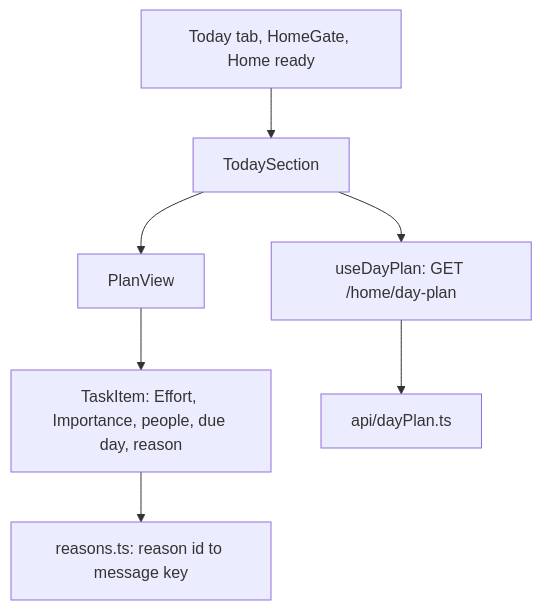
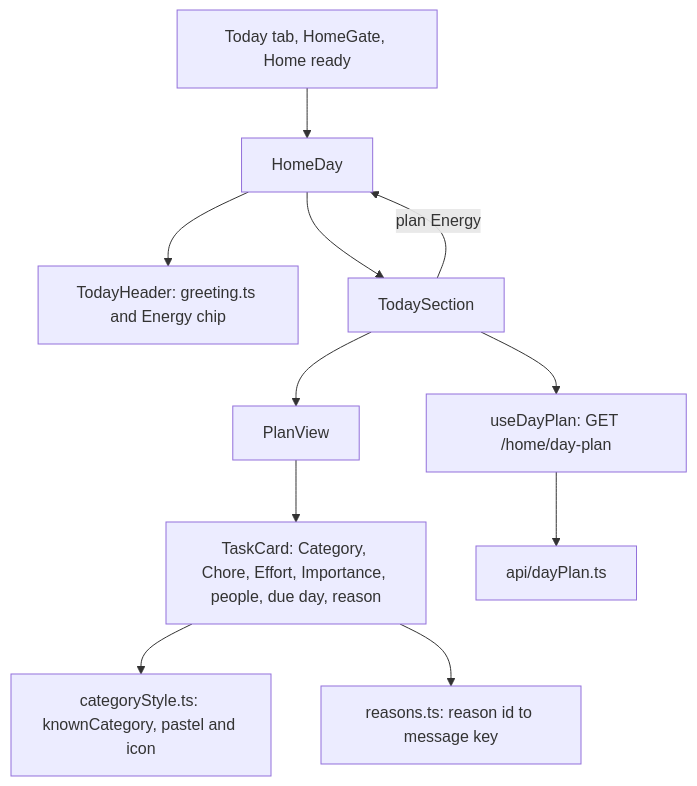
One commit to AbnerWillclefy/Homeowner changed the eighth of 10 diagrams in docs/architecture/web.md. Above: the diagram before and after it, drawn with Mermaid. The commit also changed other lines of this file, not shown here.

Commit message:
docs: describe the today header, energy chip and task cards

````diff
--- a/docs/architecture/web.md
+++ b/docs/architecture/web.md
@@ -311,9 +311,13 @@
 ```mermaid
 flowchart TD
-    HS[Today tab, HomeGate, Home ready] --> TS[TodaySection]
+    HS[Today tab, HomeGate, Home ready] --> HD[HomeDay]
+    HD --> TH[TodayHeader: greeting.ts and Energy chip]
+    HD --> TS[TodaySection]
     TS --> UD[useDayPlan: GET /home/day-plan]
     TS --> PV[PlanView]
-    PV --> TI[TaskItem: Effort, Importance, people, due day, reason]
-    TI --> R[reasons.ts: reason id to message key]
+    PV --> TC[TaskCard: Category, Chore, Effort, Importance, people, due day, reason]
+    TC --> CS[categoryStyle.ts: knownCategory, pastel and icon]
+    TC --> R[reasons.ts: reason id to message key]
     UD --> API[api/dayPlan.ts]
+    TS -->|plan Energy| HD
 ```
````
